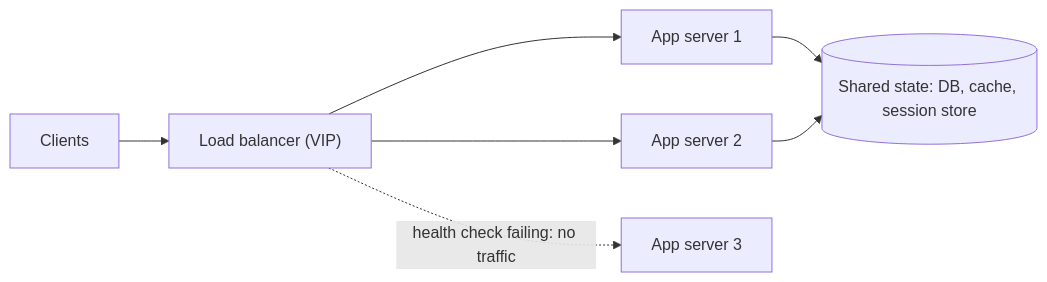
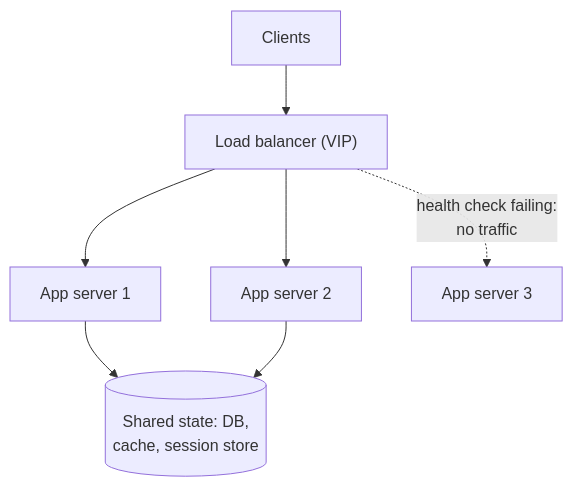
Before and after one commit to butyavk/system-design: the diagram in src/content/docs/traffic/load-balancers.mdx, drawn with Mermaid. The commit also changed other lines of this file and 144 other files, not shown here.

````diff
--- a/src/content/docs/traffic/load-balancers.mdx
+++ b/src/content/docs/traffic/load-balancers.mdx
@@ -21,8 +21,8 @@
 ```mermaid
-flowchart LR
+flowchart TB
   client["Clients"] --> vip["Load balancer (VIP)"]
   vip --> s1["App server 1"]
   vip --> s2["App server 2"]
-  vip -.->|"health check failing: no traffic"| s3["App server 3"]
-  s1 & s2 --> store[("Shared state: DB, cache, session store")]
+  vip -.->|"health check failing:<br/>no traffic"| s3["App server 3"]
+  s1 & s2 --> store[("Shared state: DB,<br/>cache, session store")]
 ```
````
